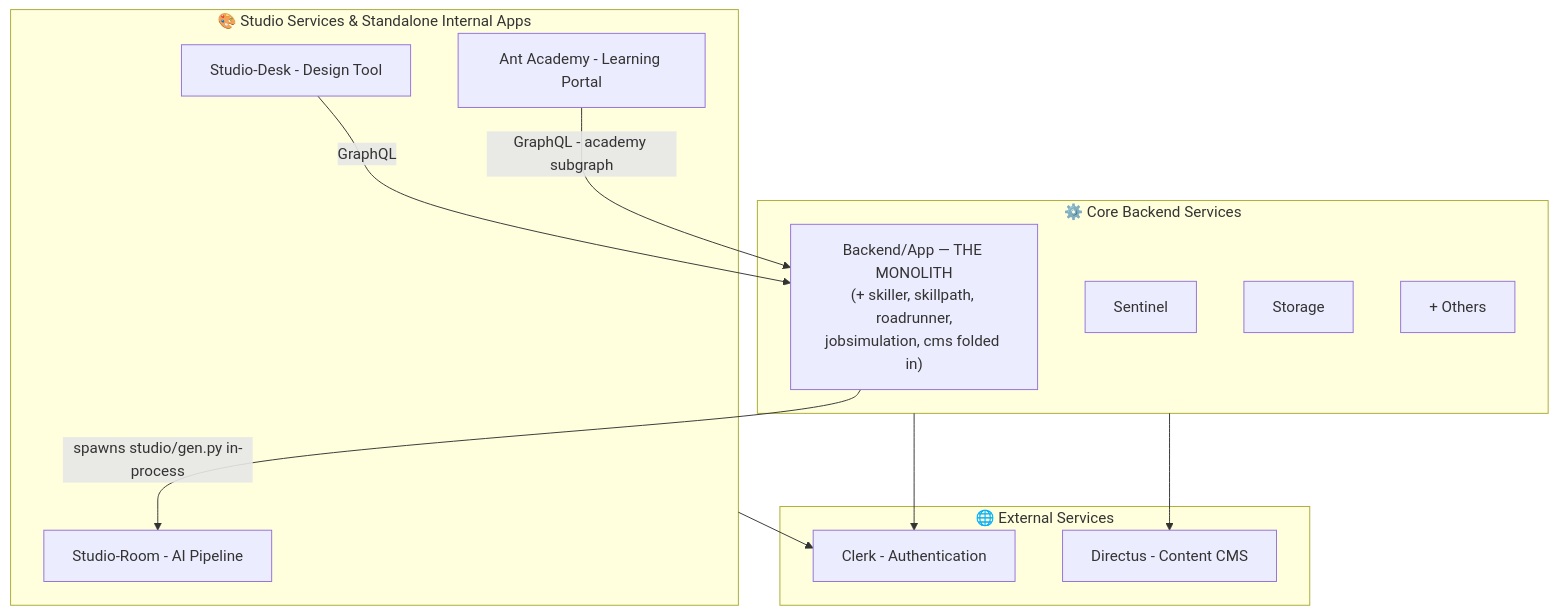
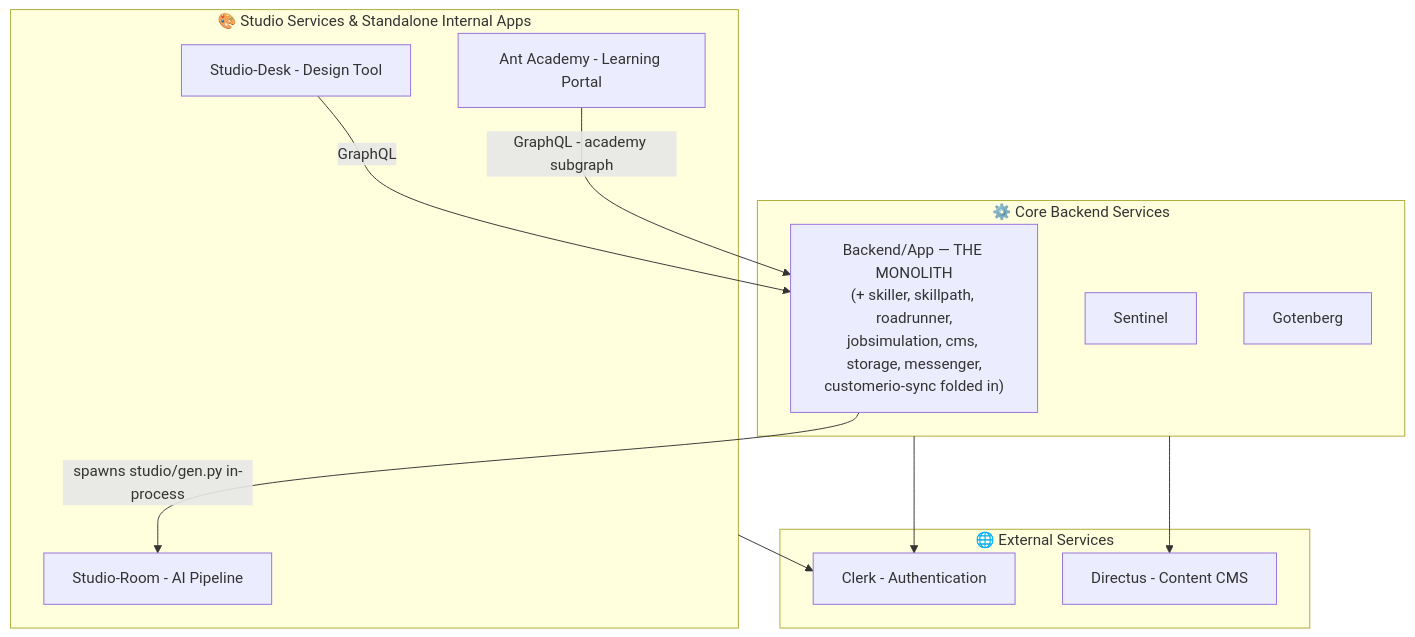
Before and after one commit to anthropos-work/rosetta: the diagram in corpus/architecture/service_taxonomy.md, drawn with Mermaid. The commit also changed other lines of this file and 47 other files, not shown here.

````diff
--- a/corpus/architecture/service_taxonomy.md
+++ b/corpus/architecture/service_taxonomy.md
@@ -16,27 +16,27 @@
 ```mermaid
 graph TB
     subgraph External["🌐 External Services"]
         Clerk[Clerk - Authentication]
         Directus[Directus - Content CMS]
     end
     
     subgraph Studio["🎨 Studio Services & Standalone Internal Apps"]
         Desk[Studio-Desk - Design Tool]
         Room[Studio-Room - AI Pipeline]
         Academy[Ant Academy - Learning Portal]
     end
     
     subgraph Core["⚙️ Core Backend Services"]
-        Backend["Backend/App — THE MONOLITH<br/>(+ skiller, skillpath, roadrunner,<br/>jobsimulation, cms folded in)"]
+        Backend["Backend/App — THE MONOLITH<br/>(+ skiller, skillpath, roadrunner,<br/>jobsimulation, cms, storage, messenger,<br/>customerio-sync folded in)"]
         Sentinel[Sentinel]
-        Storage[Storage]
-        Others[+ Others]
+        Gotenberg[Gotenberg]
+        %% A Storage node stood here until 838d907 folded it into Backend
     end
     
     Desk -->|GraphQL| Backend
     Academy -->|GraphQL - academy subgraph| Backend
     Backend -->|spawns studio/gen.py in-process| Room
     Core --> Directus
     Studio --> Clerk
     Core --> Clerk
 ```
````
